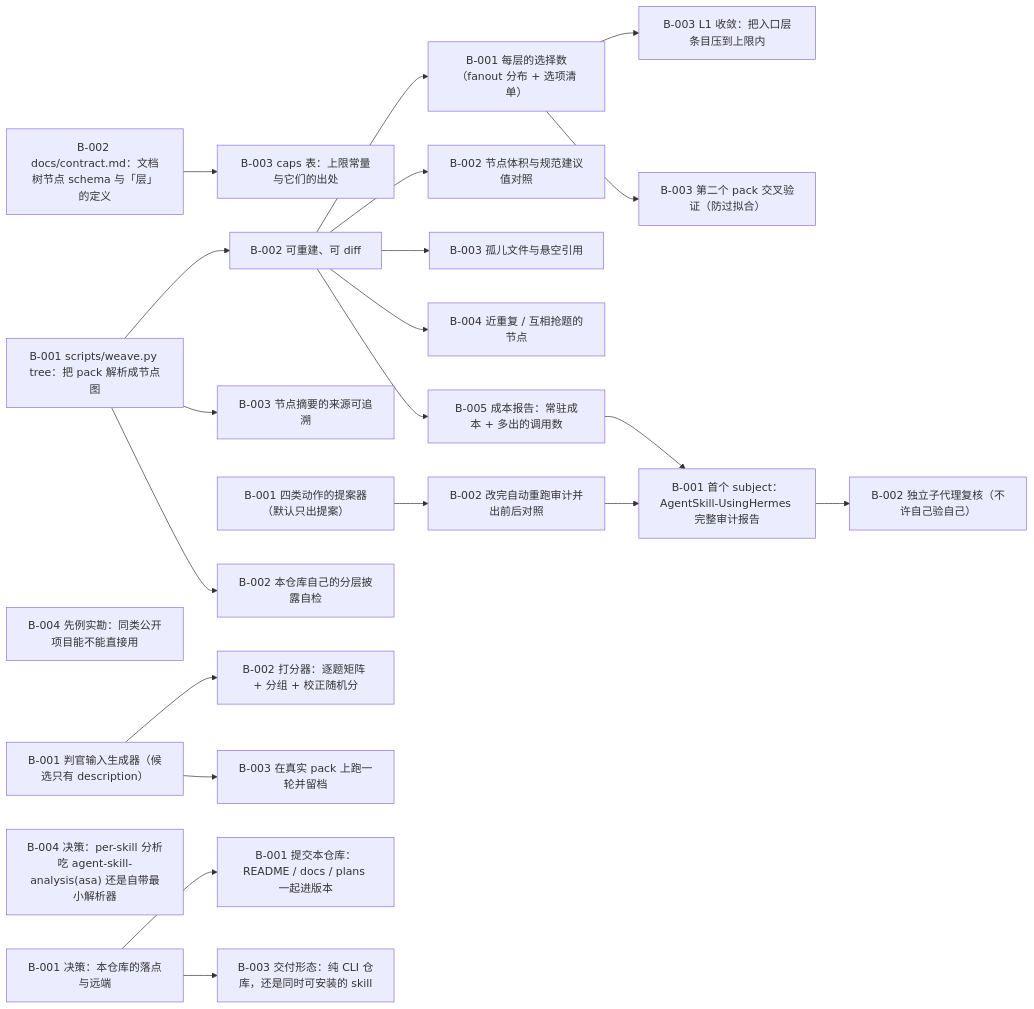
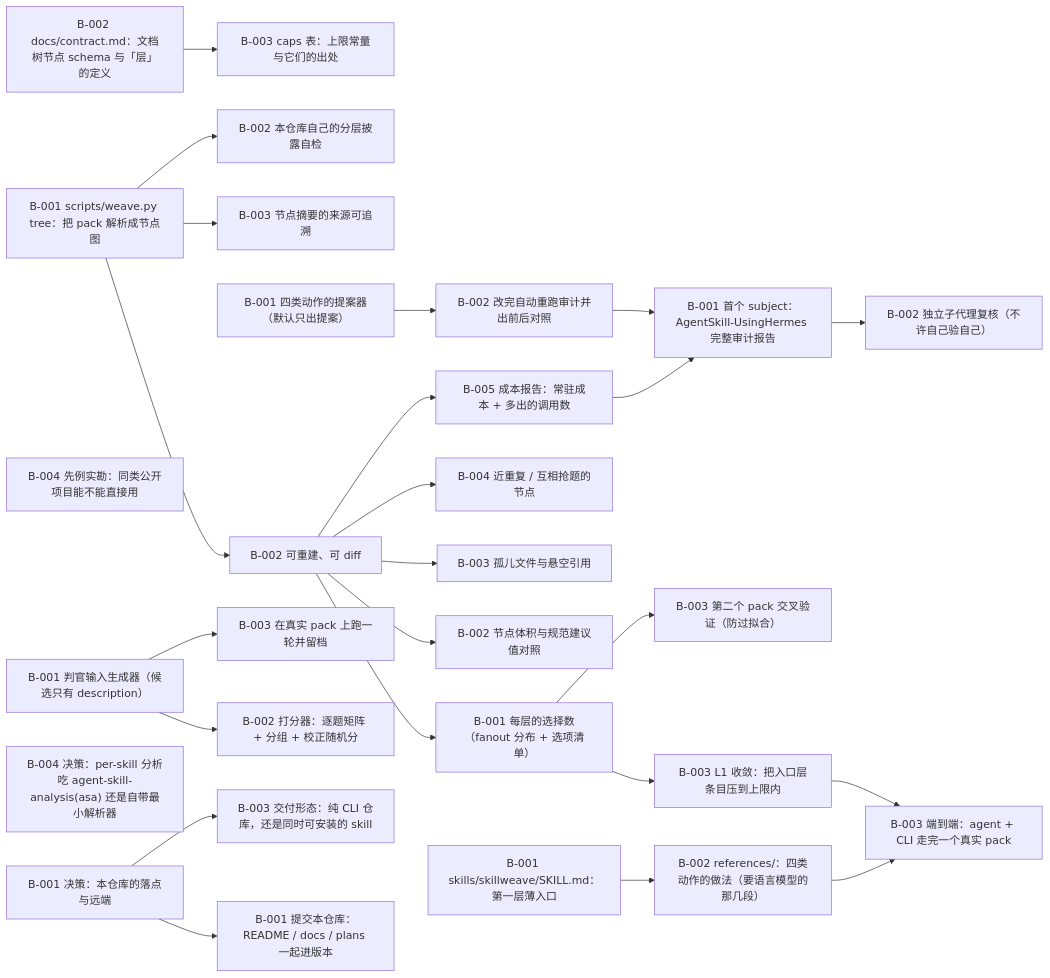
Before and after one commit to flmaximwang/SkillWeave: the diagram in plans/skillweave/PLAN.md, drawn with Mermaid. The commit also changed other lines of this file and 3 other files, not shown here.

Commit message:
plan: 交付形态定案（public skill，非纯 CLI）+ 新增 T-008 skill 本体

````diff
--- a/plans/skillweave/PLAN.md
+++ b/plans/skillweave/PLAN.md
@@ -24,55 +23,61 @@
 ```mermaid
 flowchart LR
   T-001_B-001["B-001 决策：本仓库的落点与远端"]
   T-001_B-002["B-002 docs/contract.md：文档树节点 schema 与「层」的定义"]
   T-001_B-003["B-003 caps 表：上限常量与它们的出处"]
   T-001_B-004["B-004 先例实勘：同类公开项目能不能直接用"]
   T-002_B-001["B-001 scripts/weave.py tree：把 pack 解析成节点图"]
   T-002_B-002["B-002 可重建、可 diff"]
   T-002_B-003["B-003 节点摘要的来源可追溯"]
   T-002_B-004["B-004 决策：per-skill 分析吃 agent-skill-analysis(asa) 还是自带最小解析器"]
   T-003_B-001["B-001 每层的选择数（fanout 分布 + 选项清单）"]
   T-003_B-002["B-002 节点体积与规范建议值对照"]
   T-003_B-003["B-003 孤儿文件与悬空引用"]
   T-003_B-004["B-004 近重复 / 互相抢题的节点"]
   T-003_B-005["B-005 成本报告：常驻成本 + 多出的调用数"]
   T-004_B-001["B-001 四类动作的提案器（默认只出提案）"]
   T-004_B-002["B-002 改完自动重跑审计并出前后对照"]
   T-004_B-003["B-003 L1 收敛：把入口层条目压到上限内"]
   T-005_B-001["B-001 判官输入生成器（候选只有 description）"]
   T-005_B-002["B-002 打分器：逐题矩阵 + 分组 + 校正随机分"]
   T-005_B-003["B-003 在真实 pack 上跑一轮并留档"]
   T-006_B-001["B-001 首个 subject：AgentSkill-UsingHermes 完整审计报告"]
   T-006_B-002["B-002 独立子代理复核（不许自己验自己）"]
   T-006_B-003["B-003 第二个 pack 交叉验证（防过拟合）"]
   T-007_B-001["B-001 提交本仓库：README / docs / plans 一起进版本"]
   T-007_B-002["B-002 本仓库自己的分层披露自检"]
   T-007_B-003["B-003 交付形态：纯 CLI 仓库，还是同时可安装的 skill"]
+  T-008_B-001["B-001 skills/skillweave/SKILL.md：第一层薄入口"]
+  T-008_B-002["B-002 references/：四类动作的做法（要语言模型的那几段）"]
+  T-008_B-003["B-003 端到端：agent + CLI 走完一个真实 pack"]
   T-001_B-002 --> T-001_B-003
   T-002_B-001 --> T-002_B-002
   T-002_B-001 --> T-002_B-003
   T-002_B-002 --> T-003_B-001
   T-002_B-002 --> T-003_B-002
   T-002_B-002 --> T-003_B-003
   T-002_B-002 --> T-003_B-004
   T-002_B-002 --> T-003_B-005
   T-004_B-001 --> T-004_B-002
   T-003_B-001 --> T-004_B-003
   T-005_B-001 --> T-005_B-002
   T-005_B-001 --> T-005_B-003
   T-003_B-005 --> T-006_B-001
   T-004_B-002 --> T-006_B-001
   T-006_B-001 --> T-006_B-002
   T-003_B-001 --> T-006_B-003
   T-001_B-001 --> T-007_B-001
   T-002_B-001 --> T-007_B-002
   T-001_B-001 --> T-007_B-003
+  T-008_B-001 --> T-008_B-002
+  T-008_B-002 --> T-008_B-003
+  T-004_B-003 --> T-008_B-003
+  classDef done stroke-width:1px;
+  class T-001_B-001,T-001_B-002,T-001_B-003,T-001_B-004,T-002_B-001,T-003_B-001,T-007_B-001,T-007_B-003 done;
+  classDef claimed stroke-width:1px;
+  class T-002_B-002,T-002_B-003,T-004_B-001,T-004_B-003,T-005_B-001,T-006_B-003,T-007_B-002,T-008_B-001 claimed;
   classDef blocked stroke-width:1px;
-  class T-001_B-001,T-002_B-004,T-007_B-003 blocked;
-  classDef done stroke-width:1px;
-  class T-001_B-002,T-001_B-003,T-001_B-004,T-002_B-001,T-003_B-001,T-007_B-001 done;
-  classDef claimed stroke-width:1px;
-  class T-002_B-002,T-002_B-003,T-004_B-001,T-004_B-003,T-005_B-001,T-006_B-003,T-007_B-002 claimed;
+  class T-002_B-004 blocked;
   classDef waiting stroke-width:1px;
-  class T-003_B-002,T-003_B-003,T-003_B-004,T-003_B-005,T-004_B-002,T-005_B-002,T-005_B-003,T-006_B-001,T-006_B-002 waiting;
+  class T-003_B-002,T-003_B-003,T-003_B-004,T-003_B-005,T-004_B-002,T-005_B-002,T-005_B-003,T-006_B-001,T-006_B-002,T-008_B-002,T-008_B-003 waiting;
 ```
````
